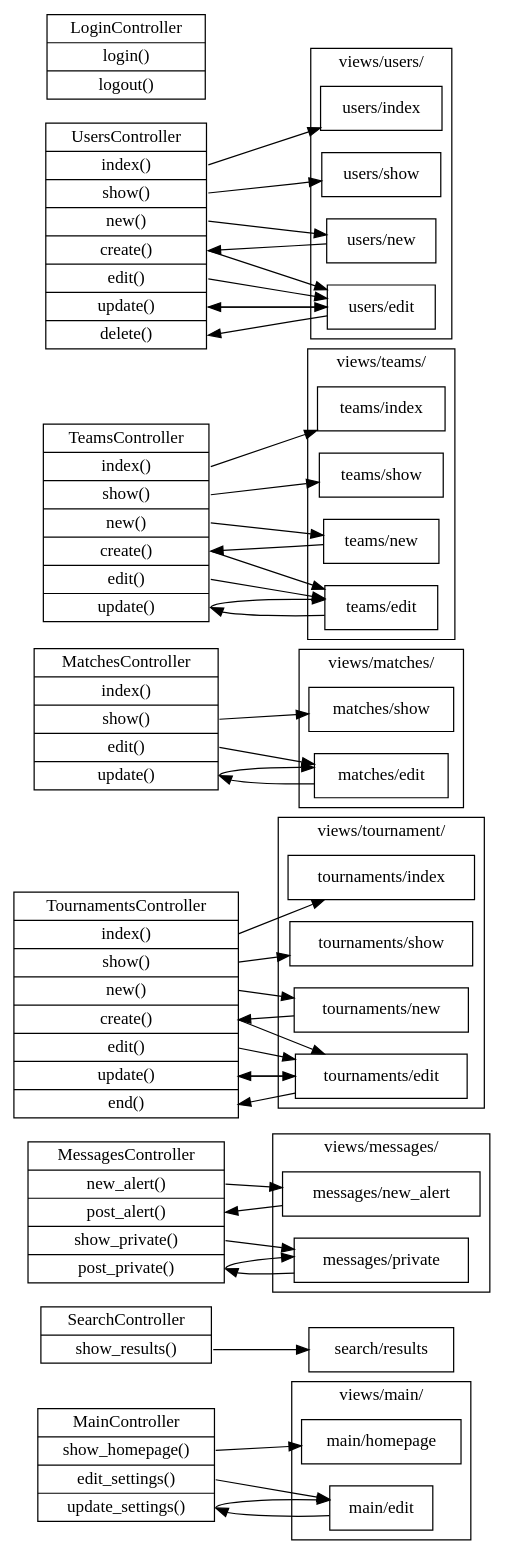
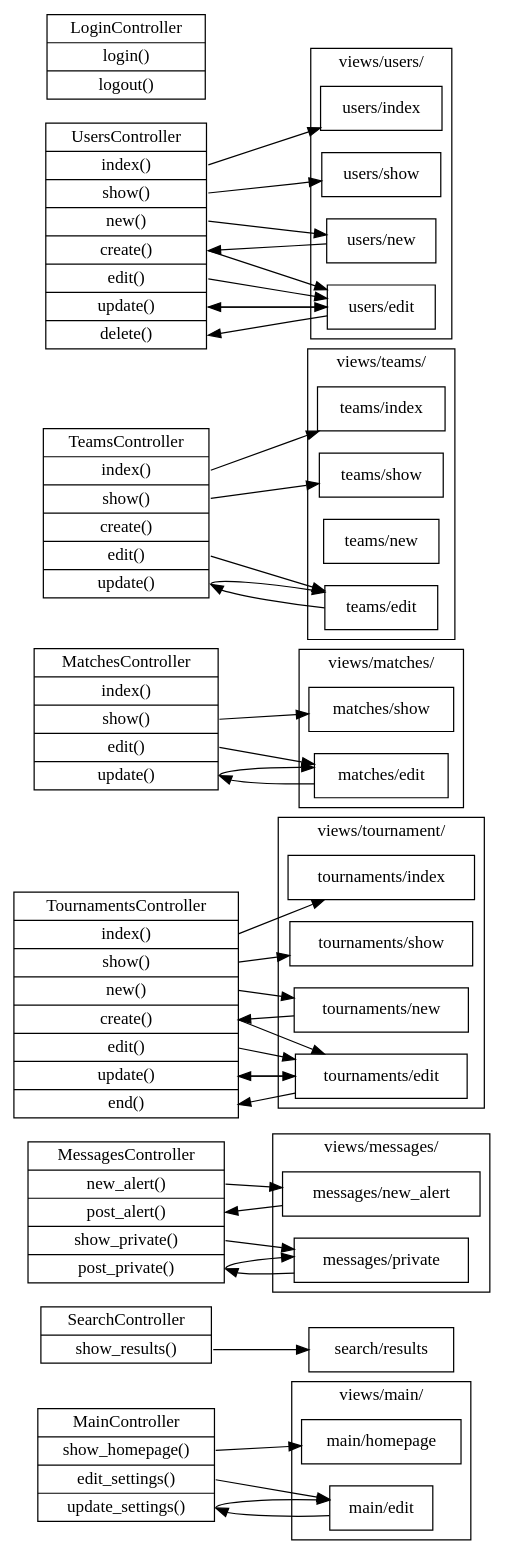
One commit to LukeShu/leaguer changed the diagram in docs/DesignDocument-classes.dot. Above: the diagram before and after it, drawn with Graphviz. The commit also changed 1 other file, not shown here.

```diff
--- a/docs/DesignDocument-classes.dot
+++ b/docs/DesignDocument-classes.dot
@@ -80,7 +80,7 @@
 		MessagesController[label="<main> MessagesController | <new_alert> new_alert() | <post_alert> post_alert() | <show_private> show_private() | <post_private> post_private()"];
 		TournamentsController[label="<main> TournamentsController | <index> index() | <show> show() | <new> new() | <create> create() | <edit> edit() | <update> update() | <end> end()"];
 		MatchesController[label="<main> MatchesController | <index> index() | <show> show() | <edit> edit() | <update> update()"];
-		TeamsController[label="<main> TeamsController | <index> index() | <show> show() | <new> new() | <create> create() | <edit> edit() | <update> update()"]
+		TeamsController[label="<main> TeamsController | <index> index() | <show> show() | <create> create() | <edit> edit() | <update> update()"]
 		UsersController[label="<main> UsersController | <index> index() | <show> show() | <new> new() | <create> create() | <edit> edit() | <update> update() | <delete> delete()"]
 	}
 
@@ -215,7 +215,6 @@
 
 		TeamsController:index -> teams_index;
 		TeamsController:show -> teams_show;
-		TeamsController:new -> teams_new -> TeamsController:create -> teams_edit;
 		TeamsController:edit -> teams_edit -> TeamsController:update -> teams_edit;
 
 		UsersController:index -> users_index;
```
